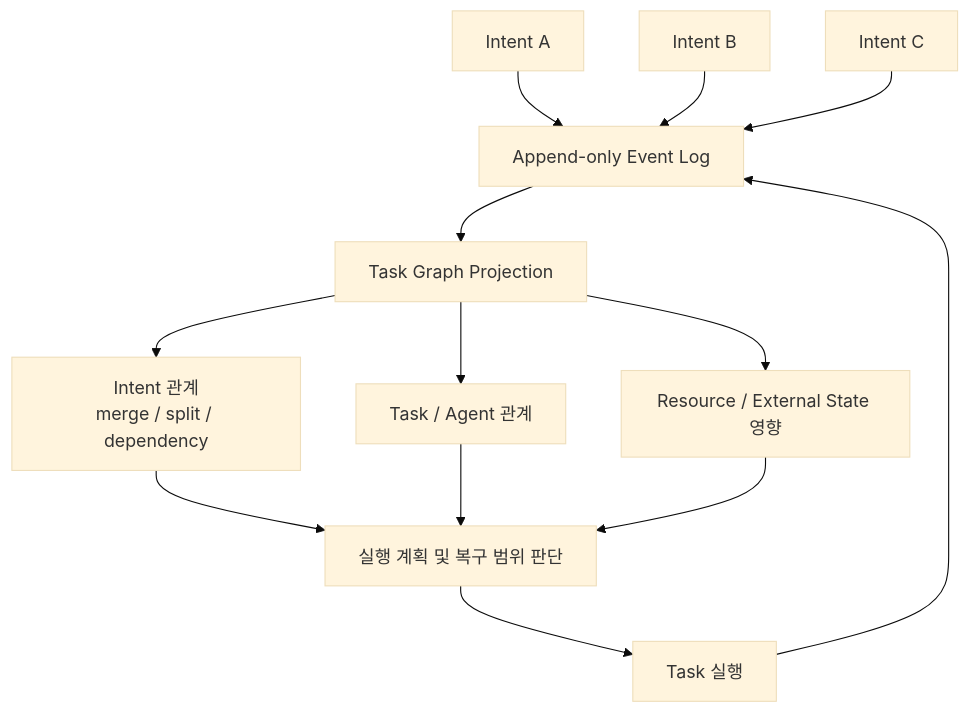
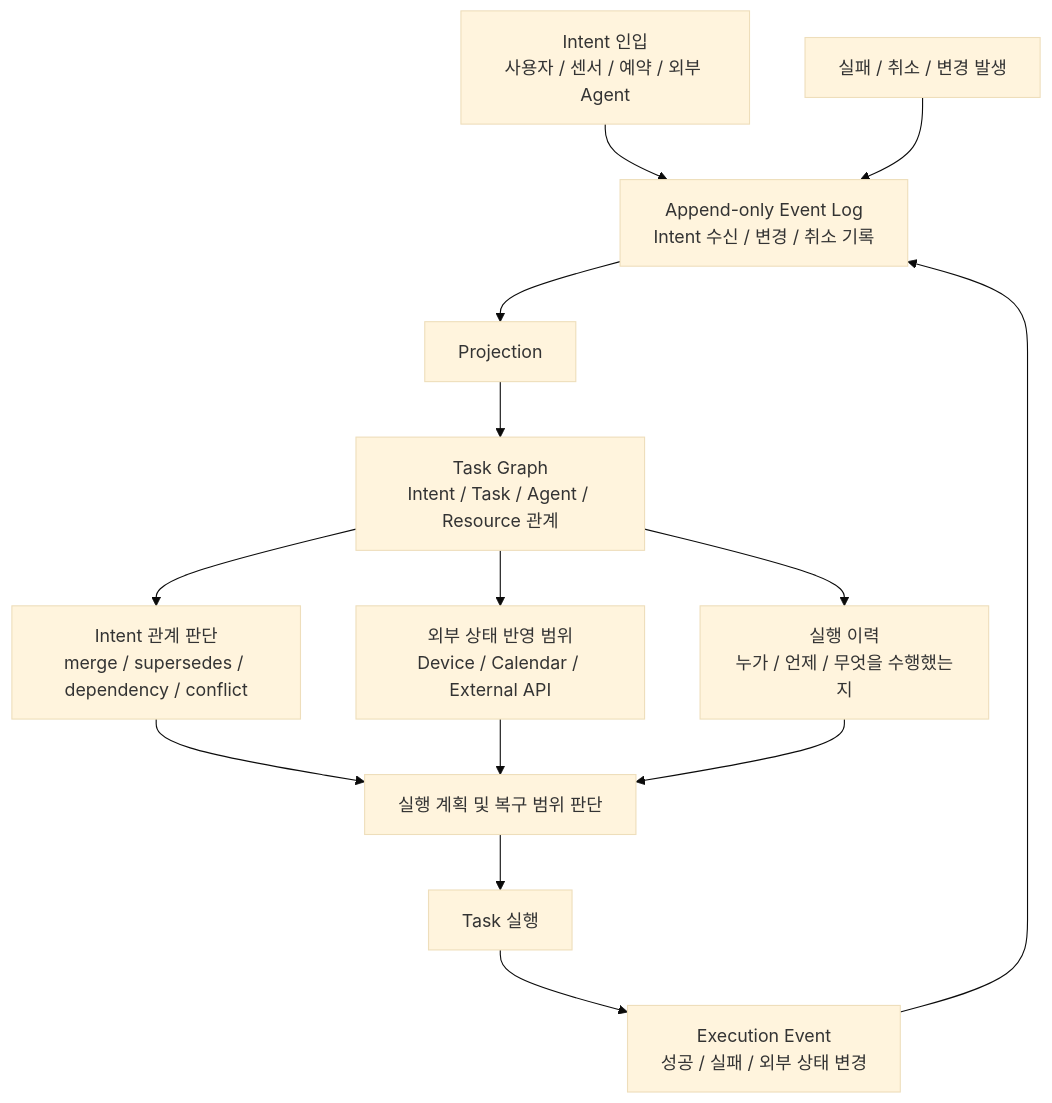
One commit to Sunwoo-Nam/architect-teamproject changed the second of 2 diagrams in docs/DP 후보안/DP11-Intent 실행 흐름의 상태 모델링 및 변경·복구 범위 관리 방식.md. Above: the diagram before and after it, drawn with Mermaid (base theme). The commit also changed other lines of this file and 1 other file, not shown here.

Commit message:
Refine DP11 intent state modeling and reference docs

````diff
--- a/docs/DP 후보안/DP11-Intent 실행 흐름의 상태 모델링 및 변경·복구 범위 관리 방식.md
+++ b/docs/DP 후보안/DP11-Intent 실행 흐름의 상태 모델링 및 변경·복구 범위 관리 방식.md
@@ -61,18 +71,21 @@
 ```mermaid
 flowchart TB
-    I1["Intent A"] --> L["Append-only Event Log"]
-    I2["Intent B"] --> L
-    I3["Intent C"] --> L
+    I["Intent 인입<br/>사용자 / 센서 / 예약 / 외부 Agent"] --> L["Append-only Event Log<br/>Intent 수신 / 변경 / 취소 기록"]
 
-    L --> G["Task Graph Projection"]
-    G --> N1["Intent 관계<br/>merge / split / dependency"]
-    G --> N2["Task / Agent 관계"]
-    G --> N3["Resource / External State 영향"]
+    L --> P["Projection"]
+    P --> G["Task Graph<br/>Intent / Task / Agent / Resource 관계"]
 
-    N1 --> P["실행 계획 및 복구 범위 판단"]
-    N2 --> P
-    N3 --> P
+    G --> R1["Intent 관계 판단<br/>merge / supersedes / dependency / conflict"]
+    G --> R2["외부 상태 반영 범위<br/>Device / Calendar / External API"]
+    G --> R3["실행 이력<br/>누가 / 언제 / 무엇을 수행했는지"]
 
-    P --> T["Task 실행"]
-    T --> L
+    R1 --> D["실행 계획 및 복구 범위 판단"]
+    R2 --> D
+    R3 --> D
+
+    D --> T["Task 실행"]
+    T --> E["Execution Event<br/>성공 / 실패 / 외부 상태 변경"]
+    E --> L
+
+    F["실패 / 취소 / 변경 발생"] --> L
 ```
````
